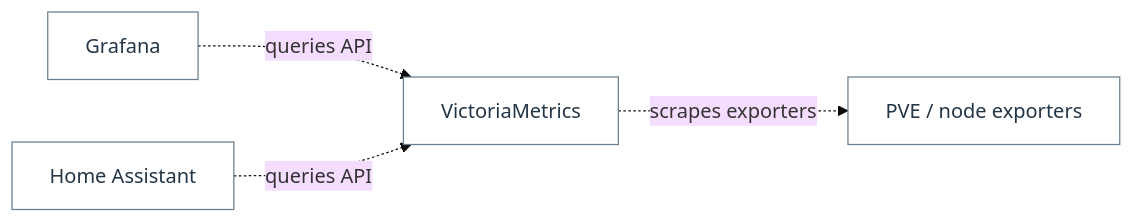
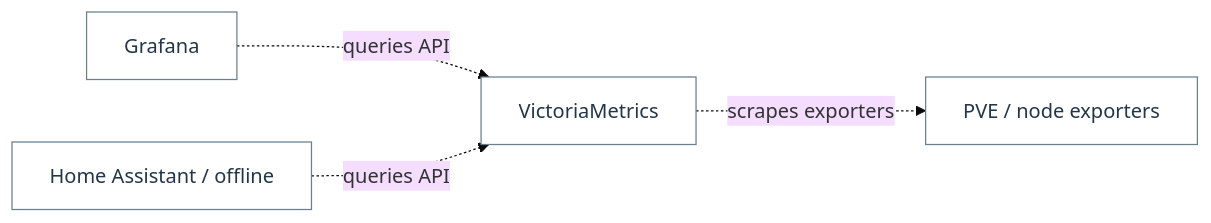
Before and after one commit to Harsh-2002/Homelab: the diagram in docs/architecture/flow-9.mmd, drawn with Mermaid (base theme). The commit also changed 38 other files, not shown here.

```diff
--- a/docs/architecture/flow-9.mmd
+++ b/docs/architecture/flow-9.mmd
@@ -1,10 +1,10 @@
 flowchart LR
   n_flow_9_0["VictoriaMetrics"]
   n_flow_9_1["Grafana"]
-  n_flow_9_2["Home Assistant"]
+  n_flow_9_2["Home Assistant / offline"]
   n_flow_9_3["PVE / node exporters"]
   n_flow_9_1 -.->|"queries API"| n_flow_9_0
   n_flow_9_2 -.->|"queries API"| n_flow_9_0
   n_flow_9_0 -.->|"scrapes exporters"| n_flow_9_3
   classDef c_flow_9_0 fill:#ffffff,stroke:#6c7f8c,color:#233647;
   class n_flow_9_0,n_flow_9_1,n_flow_9_2,n_flow_9_3 c_flow_9_0;
```
